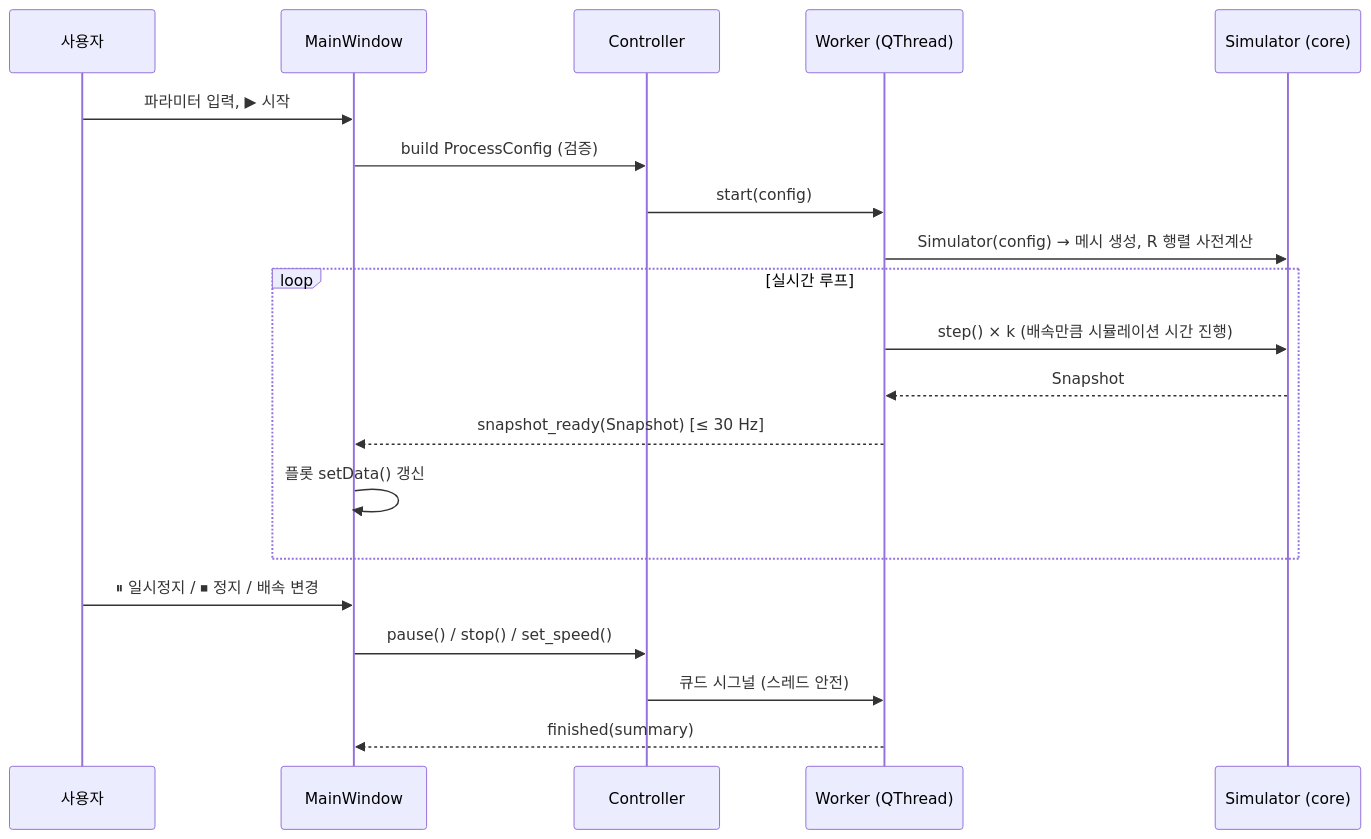
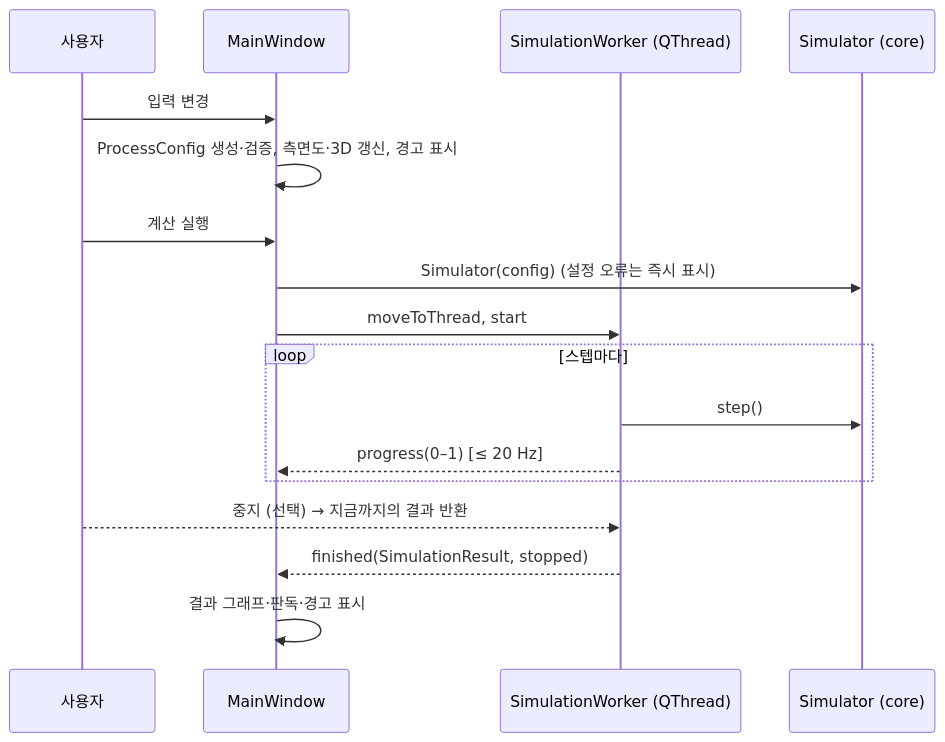
The second of 2 diagrams in docs/DESIGN.md (hyhSgithubbb/Anodizing_simulator), drawn with Mermaid before and after one commit. The commit also changed other lines of this file and 56 other files, not shown here.

````diff
--- a/docs/DESIGN.md
+++ b/docs/DESIGN.md
@@ -566,22 +608,19 @@
 ```mermaid
 sequenceDiagram
     participant U as 사용자
     participant MW as MainWindow
-    participant C as Controller
-    participant W as Worker (QThread)
+    participant W as SimulationWorker (QThread)
     participant S as Simulator (core)
-    U->>MW: 파라미터 입력, ▶ 시작
-    MW->>C: build ProcessConfig (검증)
-    C->>W: start(config)
-    W->>S: Simulator(config) → 메시 생성, R 행렬 사전계산
-    loop 실시간 루프
-        W->>S: step() × k (배속만큼 시뮬레이션 시간 진행)
-        S-->>W: Snapshot
-        W-->>MW: snapshot_ready(Snapshot) [≤ 30 Hz]
-        MW->>MW: 플롯 setData() 갱신
+    U->>MW: 입력 변경
+    MW->>MW: ProcessConfig 생성·검증, 측면도·3D 갱신, 경고 표시
+    U->>MW: 계산 실행
+    MW->>S: Simulator(config) (설정 오류는 즉시 표시)
+    MW->>W: moveToThread, start
+    loop 스텝마다
+        W->>S: step()
+        W-->>MW: progress(0–1) [≤ 20 Hz]
     end
-    U->>MW: ⏸ 일시정지 / ⏹ 정지 / 배속 변경
-    MW->>C: pause() / stop() / set_speed()
-    C->>W: 큐드 시그널 (스레드 안전)
-    W-->>MW: finished(summary)
+    U-->>W: 중지 (선택) → 지금까지의 결과 반환
+    W-->>MW: finished(SimulationResult, stopped)
+    MW->>MW: 결과 그래프·판독·경고 표시
 ```
````
